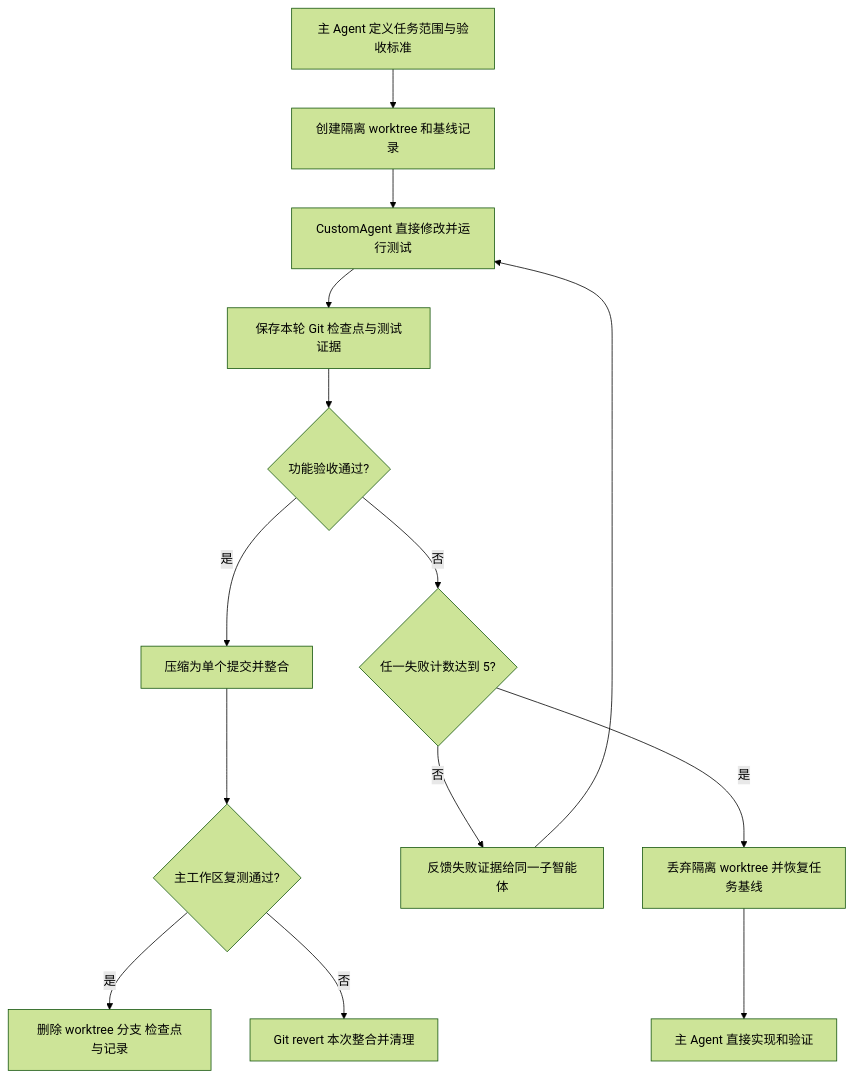
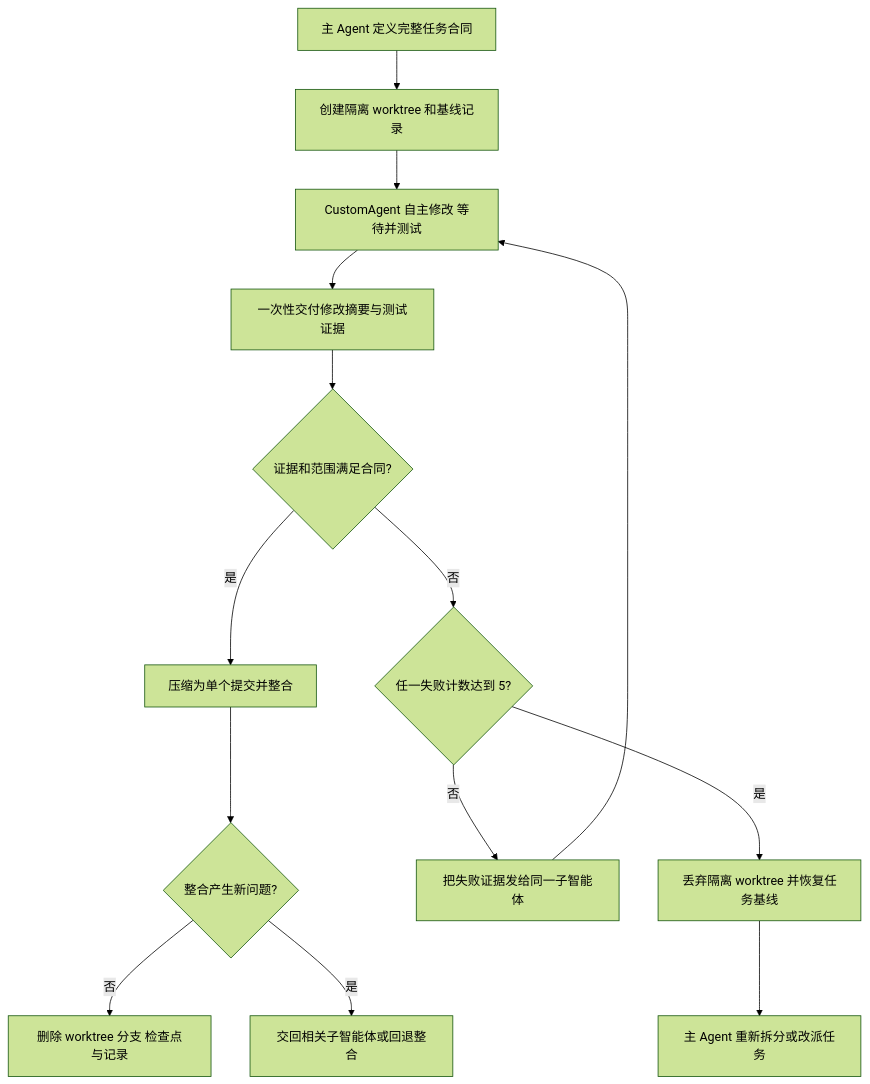
Before and after one commit to mumuhaha487/codex-agent-models: the diagram in references/worktree-workflow.md, drawn with Mermaid (forest theme). The commit also changed other lines of this file and 4 other files, not shown here.

````diff
--- a/references/worktree-workflow.md
+++ b/references/worktree-workflow.md
@@ -5,16 +5,16 @@
 ```mermaid
 flowchart TD
-    A[主 Agent 定义任务范围与验收标准] --> B[创建隔离 worktree 和基线记录]
-    B --> C[CustomAgent 直接修改并运行测试]
-    C --> D[保存本轮 Git 检查点与测试证据]
-    D --> E{功能验收通过?}
+    A[主 Agent 定义完整任务合同] --> B[创建隔离 worktree 和基线记录]
+    B --> C[CustomAgent 自主修改 等待并测试]
+    C --> D[一次性交付修改摘要与测试证据]
+    D --> E{证据和范围满足合同?}
     E -- 是 --> F[压缩为单个提交并整合]
-    F --> G{主工作区复测通过?}
-    G -- 是 --> H[删除 worktree 分支 检查点与记录]
-    G -- 否 --> I[Git revert 本次整合并清理]
+    F --> G{整合产生新问题?}
+    G -- 否 --> H[删除 worktree 分支 检查点与记录]
+    G -- 是 --> I[交回相关子智能体或回退整合]
     E -- 否 --> J{任一失败计数达到 5?}
-    J -- 否 --> K[反馈失败证据给同一子智能体]
+    J -- 否 --> K[把失败证据发给同一子智能体]
     K --> C
     J -- 是 --> L[丢弃隔离 worktree 并恢复任务基线]
-    L --> M[主 Agent 直接实现和验证]
+    L --> M[主 Agent 重新拆分或改派任务]
 ```
````
